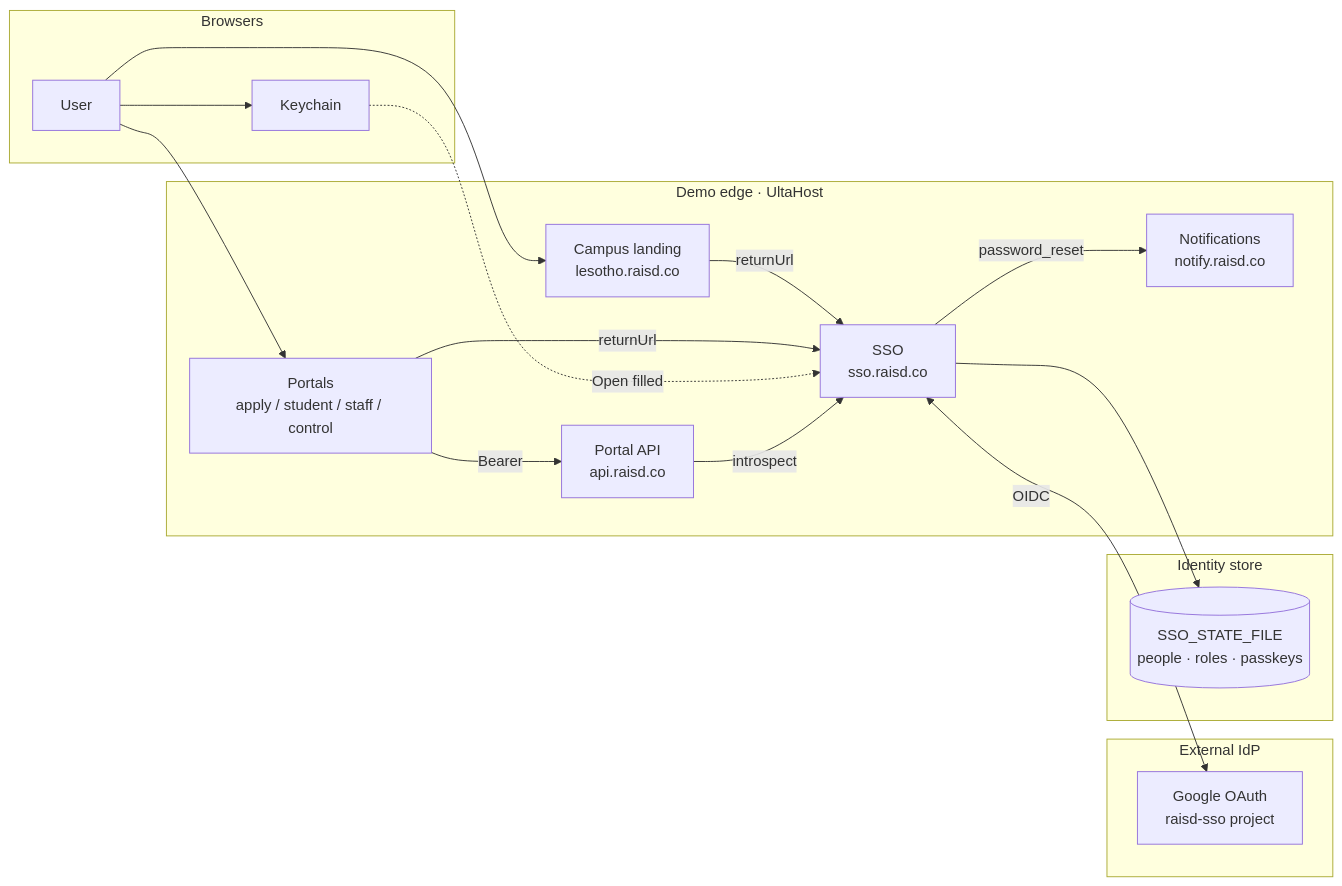
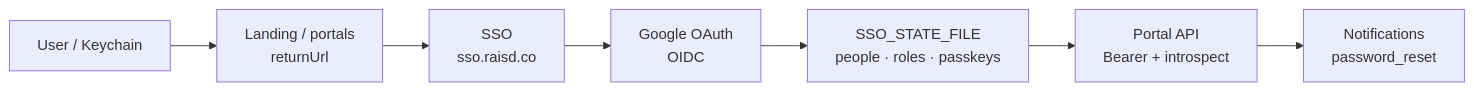
One commit to raisd-campus/portal-api-docs changed the diagram in diagrams/sso/mermaid/01-sso-in-stack.mmd. Above: the diagram before and after it, drawn with Mermaid. The commit also changed 8 other files, not shown here.

Commit message:
Mirror single-row left-to-right SSO architecture diagrams.

```diff
--- a/diagrams/sso/mermaid/01-sso-in-stack.mmd
+++ b/diagrams/sso/mermaid/01-sso-in-stack.mmd
@@ -1,33 +1,8 @@
 flowchart LR
-  subgraph browsers [Browsers]
-    U[User]
-    K[Keychain]
-  end
-
-  subgraph edge [Demo edge · UltaHost]
-    LAND[Campus landing<br/>lesotho.raisd.co]
-    PORTALS[Portals<br/>apply / student / staff / control]
-    SSO[SSO<br/>sso.raisd.co]
-    API[Portal API<br/>api.raisd.co]
-    NOTIFY[Notifications<br/>notify.raisd.co]
-  end
-
-  subgraph idp [External IdP]
-    GOOGLE[Google OAuth<br/>raisd-sso project]
-  end
-
-  subgraph store [Identity store]
-    STATE[(SSO_STATE_FILE<br/>people · roles · passkeys)]
-  end
-
-  U --> K
-  U --> LAND
-  U --> PORTALS
-  LAND -->|"returnUrl"| SSO
-  PORTALS -->|"returnUrl"| SSO
-  K -.->|"Open filled"| SSO
-  SSO <-->|"OIDC"| GOOGLE
-  SSO --> STATE
-  SSO -->|"password_reset"| NOTIFY
-  PORTALS -->|"Bearer"| API
-  API -->|"introspect"| SSO
+  U[User / Keychain]
+  --> P[Landing / portals<br/>returnUrl]
+  --> S[SSO<br/>sso.raisd.co]
+  --> G[Google OAuth<br/>OIDC]
+  --> ST[SSO_STATE_FILE<br/>people · roles · passkeys]
+  --> API[Portal API<br/>Bearer + introspect]
+  --> N[Notifications<br/>password_reset]
```
